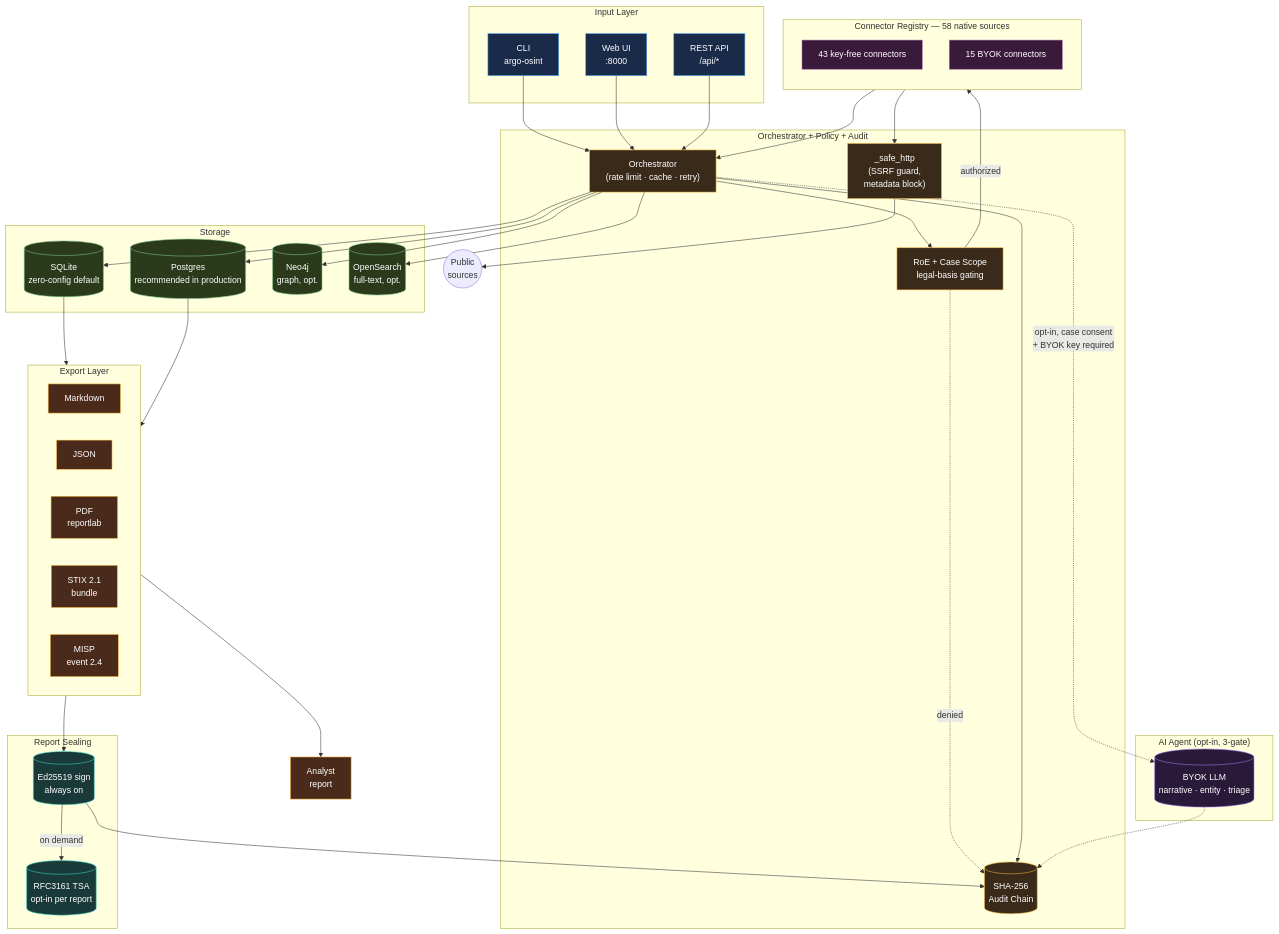
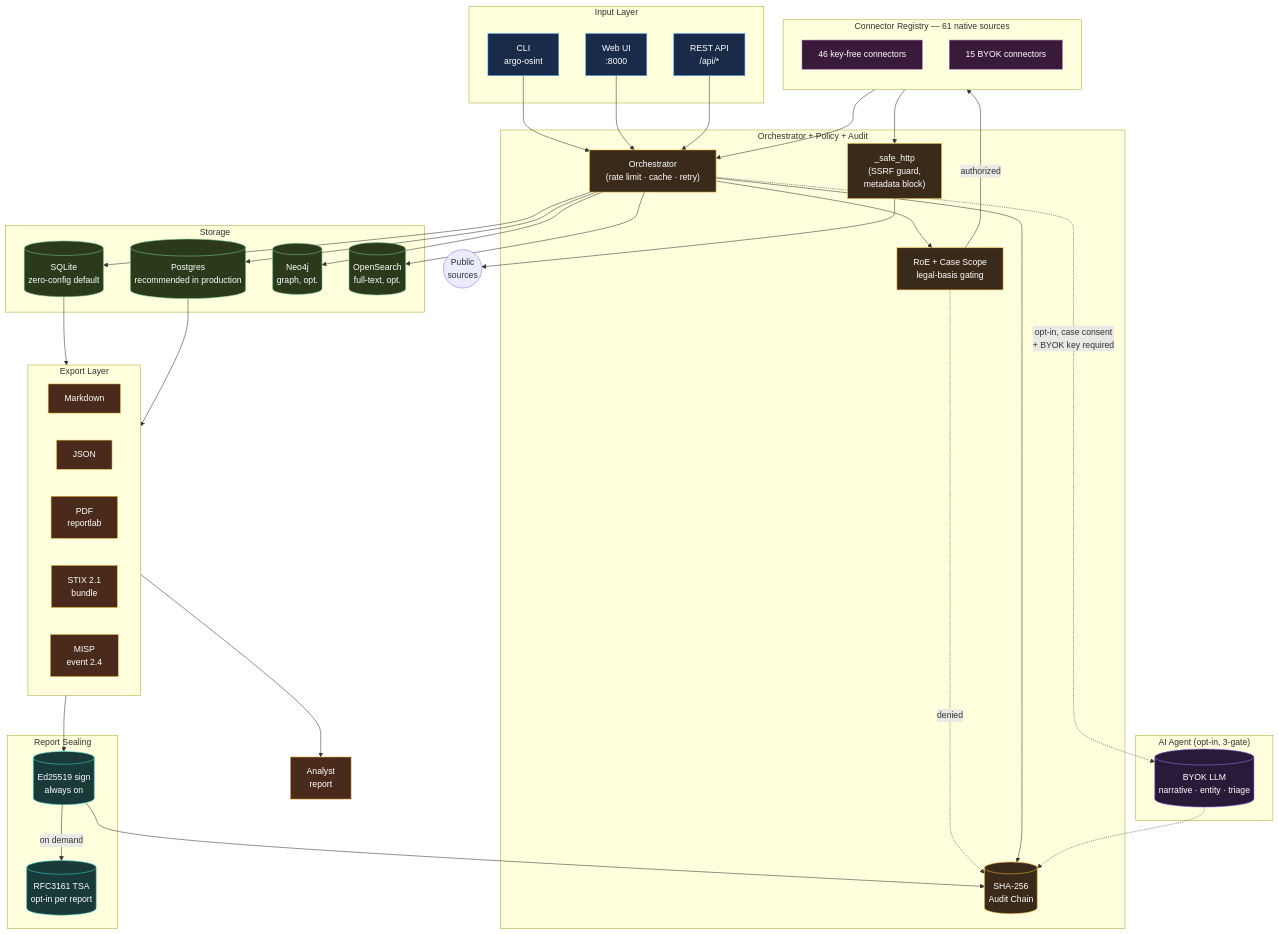
One commit to gnudrus-del/argo-cloud-osint-platform changed the diagram in README.md. Above: the diagram before and after it, drawn with Mermaid. The commit also changed other lines of this file and 15 other files, not shown here.

```diff
--- a/README.md
+++ b/README.md
@@ -228,9 +228,9 @@
         LLM[("BYOK LLM<br/>narrative · entity · triage")]
     end
 
-    subgraph REG["Connector Registry — 58 native sources"]
+    subgraph REG["Connector Registry — 61 native sources"]
         direction TB
-        KFREE["43 key-free connectors"]
+        KFREE["46 key-free connectors"]
         BYOK["15 BYOK connectors"]
     end
 
```
